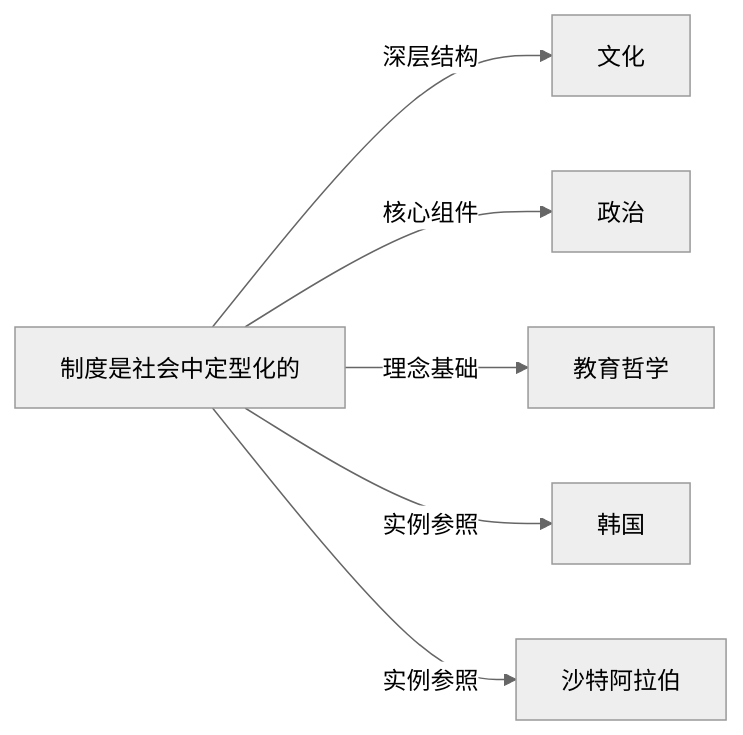
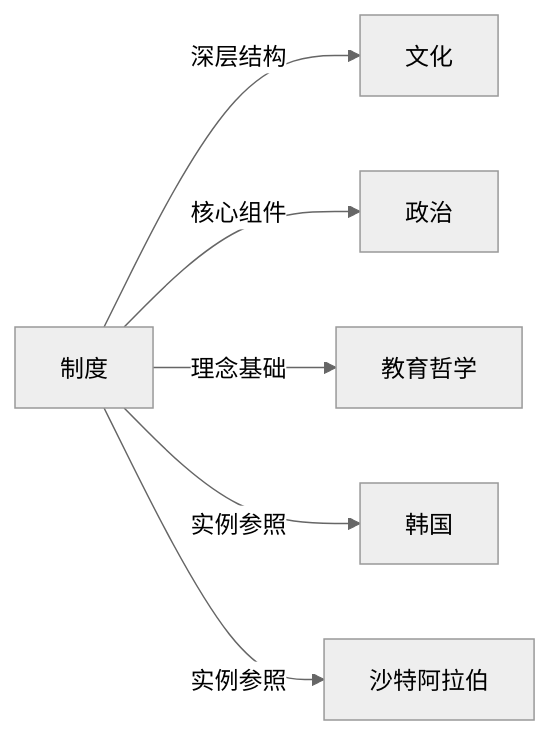
The diagram in Knowledge/Concepts/社会学/制度.md (KIMMCHOW/MyKnowledge), drawn with Mermaid (neutral theme) before and after one commit. The commit also changed 96 other files, not shown here.

Commit message:
fix: 修复概念页关系图节点并补齐缺失关联

````diff
--- a/Knowledge/Concepts/社会学/制度.md
+++ b/Knowledge/Concepts/社会学/制度.md
@@ -45,8 +45,8 @@
 ```mermaid
 graph LR
-    制度是社会中定型化的 -->|深层结构| 文化
-    制度是社会中定型化的 -->|核心组件| 政治
-    制度是社会中定型化的 -->|理念基础| 教育哲学
-    制度是社会中定型化的 -->|实例参照| 韩国
-    制度是社会中定型化的 -->|实例参照| 沙特阿拉伯
+制度 -->|深层结构| 文化
+制度 -->|核心组件| 政治
+制度 -->|理念基础| 教育哲学
+制度 -->|实例参照| 韩国
+制度 -->|实例参照| 沙特阿拉伯
 ```
````
